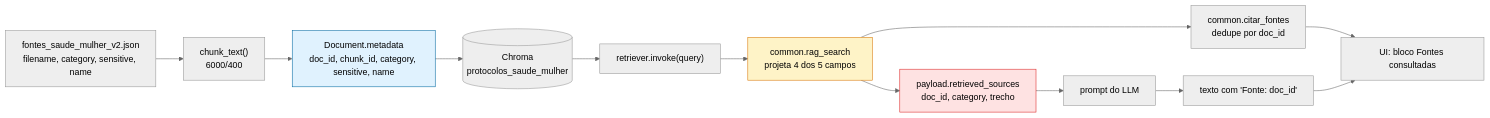
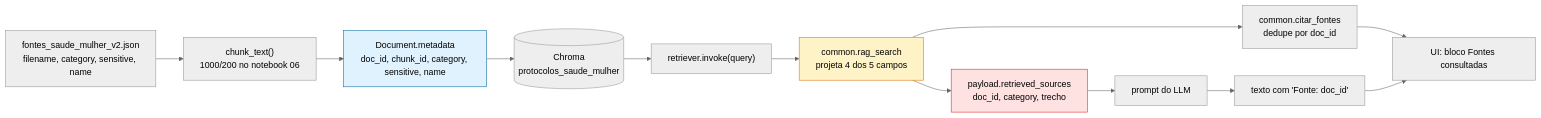
The diagram in docs/rag/METADADOS_DAS_FONTES.md (Evandrorsampaio/TechChallenger4), drawn with Mermaid (neutral theme) before and after one commit. The commit also changed 27 other files, not shown here.

````diff
--- a/docs/rag/METADADOS_DAS_FONTES.md
+++ b/docs/rag/METADADOS_DAS_FONTES.md
@@ -105,18 +105,18 @@
 ```mermaid
 flowchart LR
-    A["fontes_saude_mulher_v2.json<br/>filename, category, sensitive, name"] --> B["chunk_text()<br/>6000/400"]
+    A["fontes_saude_mulher_v2.json<br/>filename, category, sensitive, name"] --> B["chunk_text()<br/>1000/200 no notebook 06"]
     B --> C["Document.metadata<br/>doc_id, chunk_id, category, sensitive, name"]
     C --> D[("Chroma<br/>protocolos_saude_mulher")]
     D --> E["retriever.invoke(query)"]
     E --> F["common.rag_search<br/>projeta 4 dos 5 campos"]
     F --> G["payload.retrieved_sources<br/>doc_id, category, trecho"]
     F --> H["common.citar_fontes<br/>dedupe por doc_id"]
     G --> I["prompt do LLM"]
     H --> J["UI: bloco Fontes consultadas"]
     I --> K["texto com 'Fonte: doc_id'"]
     K --> J
 
     style C fill:#e0f2fe,stroke:#0369a1
     style F fill:#fef3c7,stroke:#d97706
     style G fill:#fee2e2,stroke:#dc2626
 ```
````
